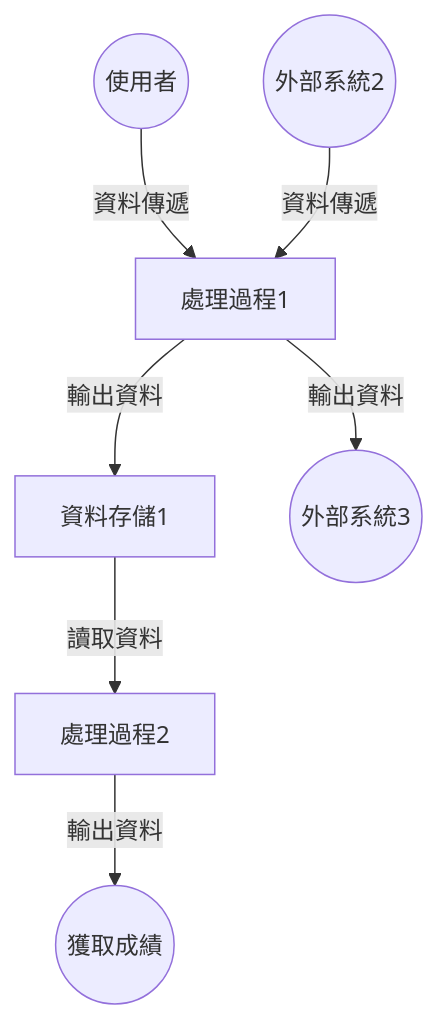
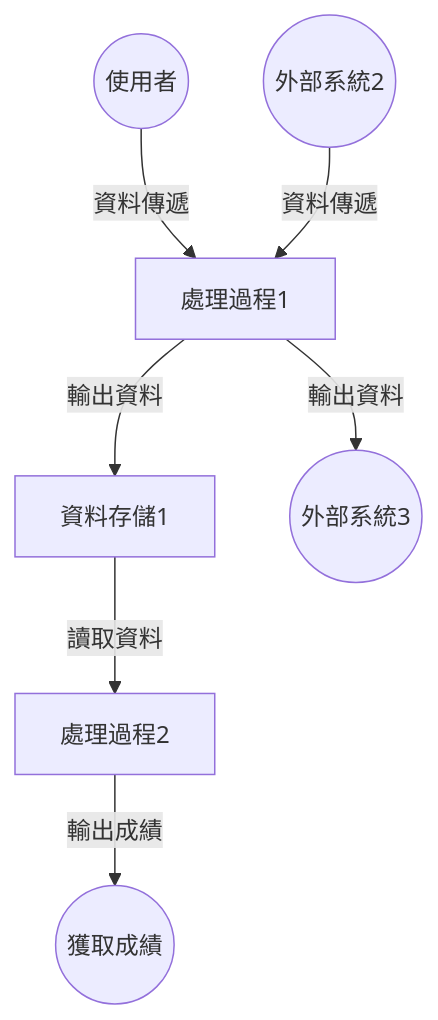
The diagram in 系統分析/HW4.md (j50301a/AI-answer-correction), drawn with Mermaid before and after one commit.

````diff
--- a/系統分析/HW4.md
+++ b/系統分析/HW4.md
@@ -3,10 +3,10 @@
 ```mermaid
 graph TD
     使用者((使用者)) -->|資料傳遞| 處理過程1[處理過程1]
     外部系統2((外部系統2)) -->|資料傳遞| 處理過程1
     處理過程1 -->|輸出資料| 資料存儲1[資料存儲1]
     處理過程1 -->|輸出資料| 外部系統3((外部系統3))
     資料存儲1 -->|讀取資料| 處理過程2[處理過程2]
-    處理過程2 -->|輸出資料| 獲取成績((獲取成績))
+    處理過程2 -->|輸出成績| 獲取成績((獲取成績))
 
 ```
````
